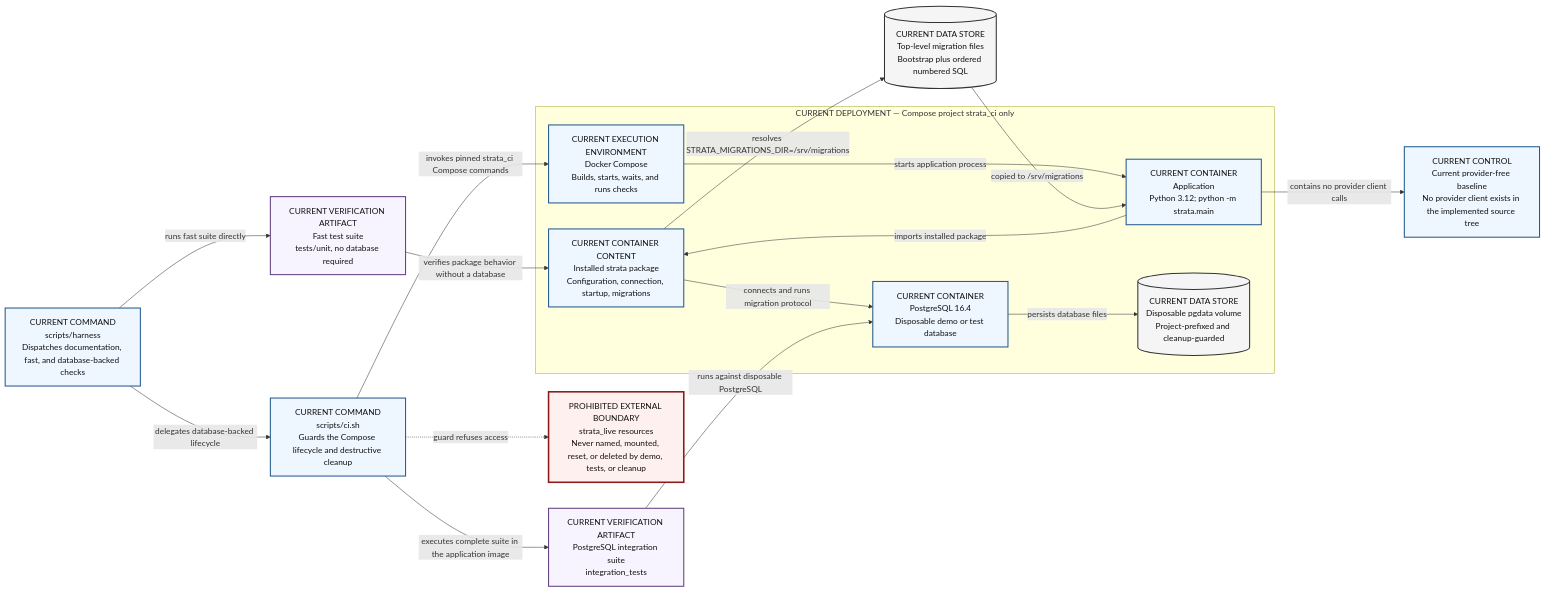
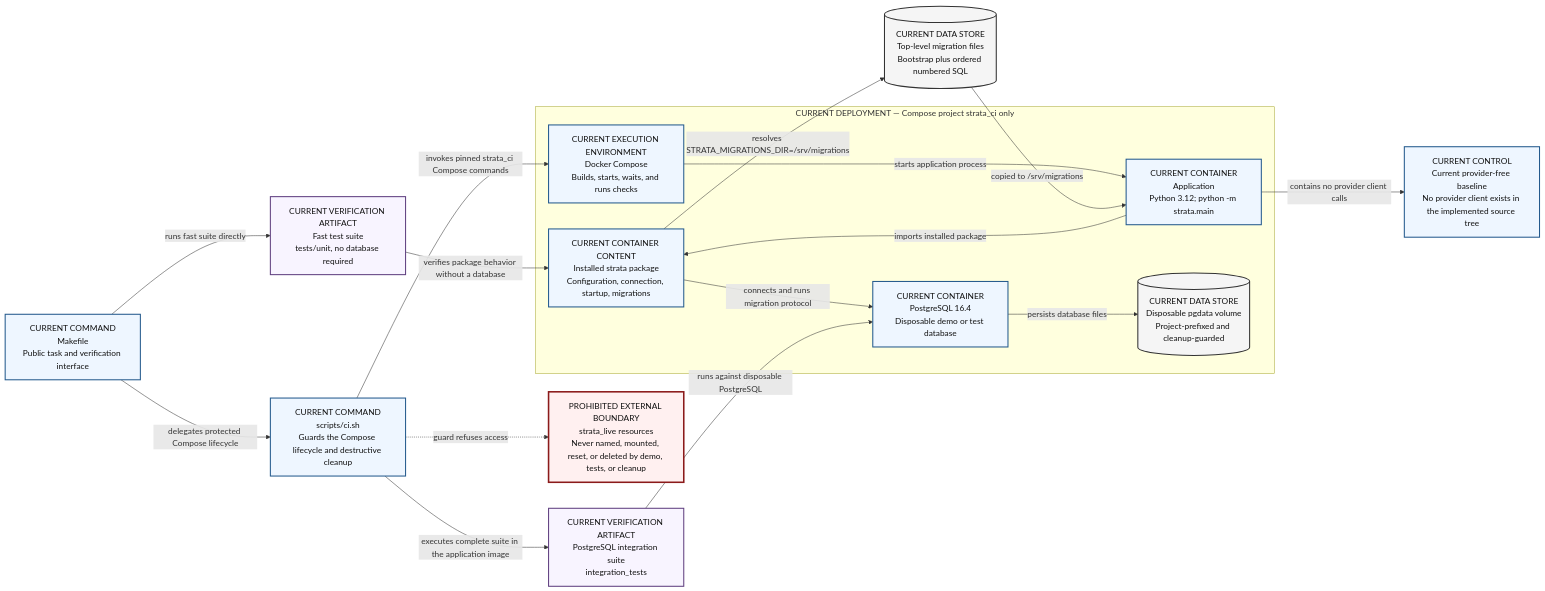
The diagram in docs/architecture/diagrams/current-container-and-deployment.md (andrewmpalka/strata), drawn with Mermaid before and after one commit. The commit also changed other lines of this file and 8 other files, not shown here.

Commit message:
Remove redundant verification harness

````diff
--- a/docs/architecture/diagrams/current-container-and-deployment.md
+++ b/docs/architecture/diagrams/current-container-and-deployment.md
@@ -16,44 +16,44 @@
 ```mermaid
 flowchart LR
-    harness["CURRENT COMMAND<br/>scripts/harness<br/>Dispatches documentation, fast, and database-backed checks"]
+    makefile["CURRENT COMMAND<br/>Makefile<br/>Public task and verification interface"]
     ci["CURRENT COMMAND<br/>scripts/ci.sh<br/>Guards the Compose lifecycle and destructive cleanup"]
     migrations[("CURRENT DATA STORE<br/>Top-level migration files<br/>Bootstrap plus ordered numbered SQL")]
     fast["CURRENT VERIFICATION ARTIFACT<br/>Fast test suite<br/>tests/unit, no database required"]
     integration["CURRENT VERIFICATION ARTIFACT<br/>PostgreSQL integration suite<br/>integration_tests"]
     provider_free["CURRENT CONTROL<br/>Current provider-free baseline<br/>No provider client exists in the implemented source tree"]
 
     subgraph ci_boundary["CURRENT DEPLOYMENT — Compose project strata_ci only"]
         compose["CURRENT EXECUTION ENVIRONMENT<br/>Docker Compose<br/>Builds, starts, waits, and runs checks"]
         app["CURRENT CONTAINER<br/>Application<br/>Python 3.12; python -m strata.main"]
         package["CURRENT CONTAINER CONTENT<br/>Installed strata package<br/>Configuration, connection, startup, migrations"]
         postgres["CURRENT CONTAINER<br/>PostgreSQL 16.4<br/>Disposable demo or test database"]
         volume[("CURRENT DATA STORE<br/>Disposable pgdata volume<br/>Project-prefixed and cleanup-guarded")]
 
         compose -->|"starts application process"| app
         app -->|"imports installed package"| package
         package -->|"connects and runs migration protocol"| postgres
         postgres -->|"persists database files"| volume
     end
 
-    harness -->|"runs fast suite directly"| fast
-    harness -->|"delegates database-backed lifecycle"| ci
+    makefile -->|"runs fast suite directly"| fast
+    makefile -->|"delegates protected Compose lifecycle"| ci
     ci -->|"invokes pinned strata_ci Compose commands"| compose
     app -->|"contains no provider client calls"| provider_free
     migrations -->|"copied to /srv/migrations"| app
     package -->|"resolves STRATA_MIGRATIONS_DIR=/srv/migrations"| migrations
     fast -->|"verifies package behavior without a database"| package
     integration -->|"runs against disposable PostgreSQL"| postgres
     ci -->|"executes complete suite in the application image"| integration
 
     excluded["PROHIBITED EXTERNAL BOUNDARY<br/>strata_live resources<br/>Never named, mounted, reset, or deleted by demo, tests, or cleanup"]
     ci -.->|"guard refuses access"| excluded
 
     classDef current fill:#eef6ff,stroke:#245a8d,stroke-width:2px,color:#111;
     classDef store fill:#f5f5f5,stroke:#333,stroke-width:2px,color:#111;
     classDef verify fill:#f8f4ff,stroke:#604080,stroke-width:2px,color:#111;
     classDef prohibited fill:#fff0f0,stroke:#8b1a1a,stroke-width:3px,color:#111;
-    class harness,ci,compose,app,package,postgres,provider_free current;
+    class makefile,ci,compose,app,package,postgres,provider_free current;
     class migrations,volume store;
     class fast,integration verify;
     class excluded prohibited;
 ```
````
